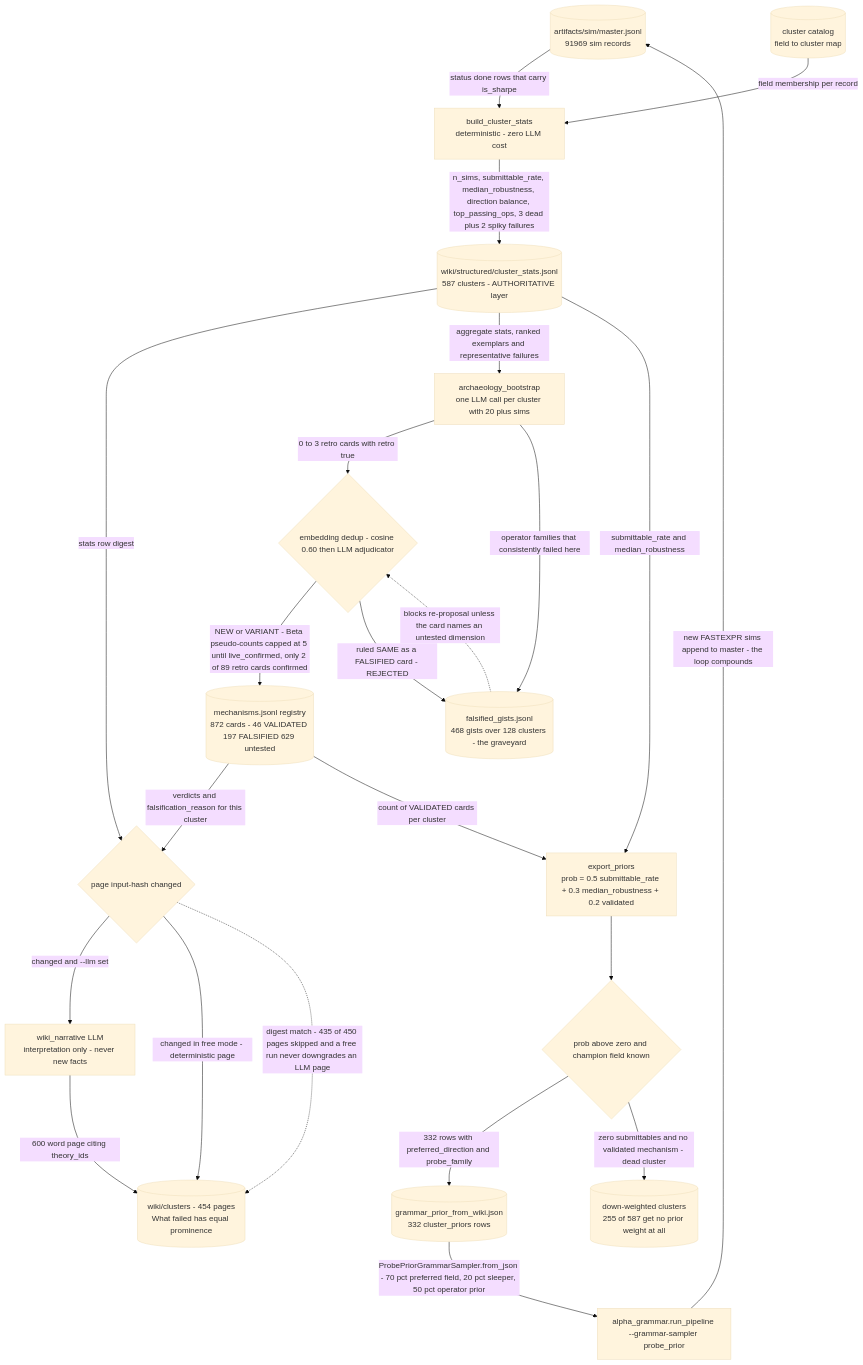
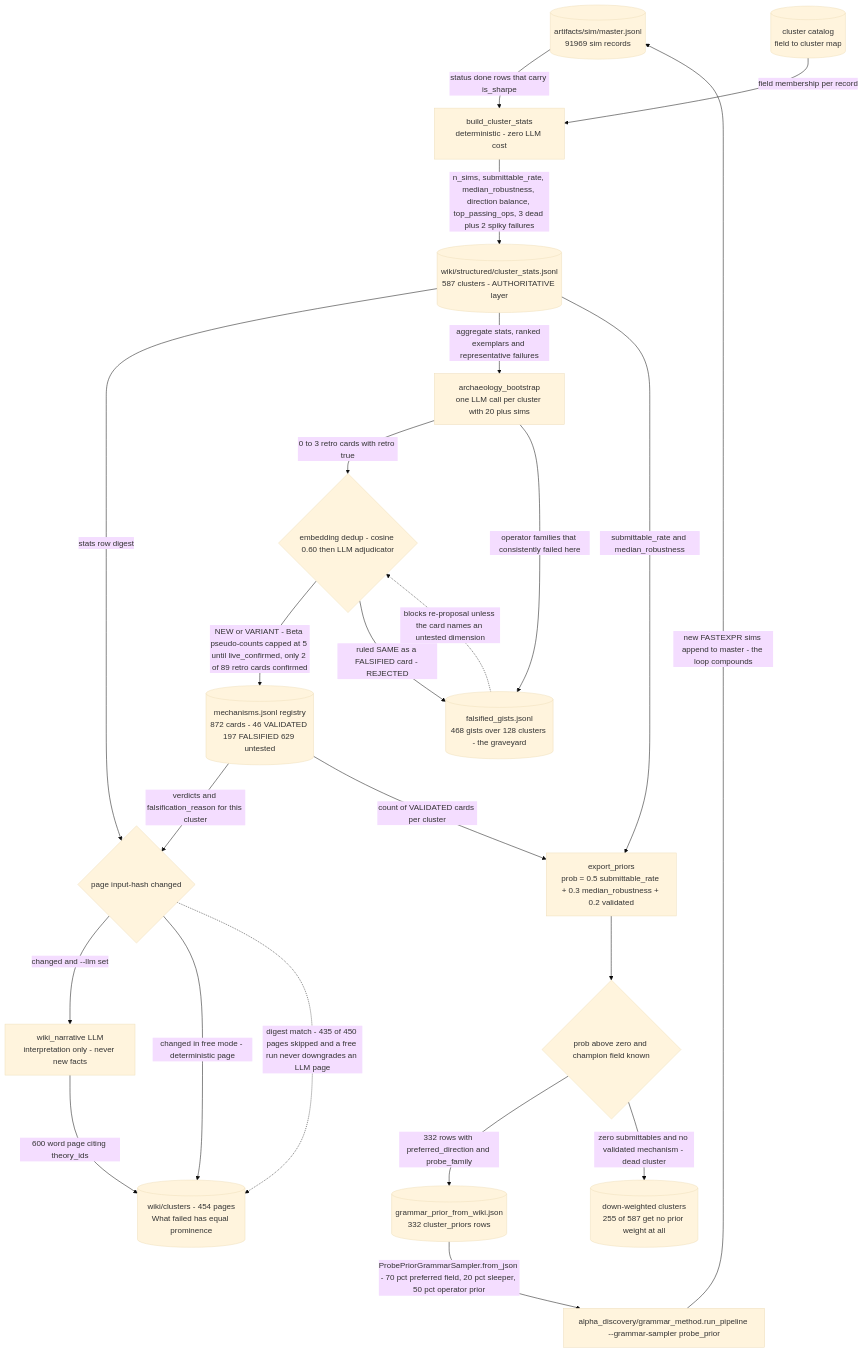
The diagram in docs/lanes/wiki-posterior-compounding-prior.md (JustinJia13/Brain-portfolio), drawn with Mermaid (base theme) before and after one commit. The commit also changed other lines of this file and 448 other files, not shown here.

First line of the commit message:
Restructure into alpha_discovery / alpha_enhancement / core

````diff
--- a/docs/lanes/wiki-posterior-compounding-prior.md
+++ b/docs/lanes/wiki-posterior-compounding-prior.md
@@ -11,42 +11,42 @@
 ```mermaid
 flowchart TD
     MASTER[("artifacts/sim/master.jsonl<br/>91969 sim records")]
     CLUS[("cluster catalog<br/>field to cluster map")]
     AGG["build_cluster_stats<br/>deterministic - zero LLM cost"]
     STATS[("wiki/structured/cluster_stats.jsonl<br/>587 clusters - AUTHORITATIVE layer")]
     REG[("mechanisms.jsonl registry<br/>872 cards - 46 VALIDATED 197 FALSIFIED 629 untested")]
     HASH{"page input-hash changed"}
     NARR["wiki_narrative LLM<br/>interpretation only - never new facts"]
     PAGES[("wiki/clusters - 454 pages<br/>What failed has equal prominence")]
     ARCH["archaeology_bootstrap<br/>one LLM call per cluster with 20 plus sims"]
     DEDUP{"embedding dedup - cosine 0.60 then LLM adjudicator"}
     GRAVE[("falsified_gists.jsonl<br/>468 gists over 128 clusters - the graveyard")]
     SCORE["export_priors<br/>prob = 0.5 submittable_rate + 0.3 median_robustness + 0.2 validated"]
     GATE{"prob above zero and champion field known"}
     PRIOR[("grammar_prior_from_wiki.json<br/>332 cluster_priors rows")]
     DROP[("down-weighted clusters<br/>255 of 587 get no prior weight at all")]
-    GRAM["alpha_grammar.run_pipeline --grammar-sampler probe_prior"]
+    GRAM["alpha_discovery/grammar_method.run_pipeline --grammar-sampler probe_prior"]
 
     MASTER -->|"status done rows that carry is_sharpe"| AGG
     CLUS -->|"field membership per record"| AGG
     AGG -->|"n_sims, submittable_rate, median_robustness, direction balance, top_passing_ops, 3 dead plus 2 spiky failures"| STATS
     STATS -->|"stats row digest"| HASH
     REG -->|"verdicts and falsification_reason for this cluster"| HASH
     HASH -->|"changed and --llm set"| NARR
     HASH -->|"changed in free mode - deterministic page"| PAGES
     HASH -.->|"digest match - 435 of 450 pages skipped and a free run never downgrades an LLM page"| PAGES
     NARR -->|"600 word page citing theory_ids"| PAGES
     STATS -->|"aggregate stats, ranked exemplars and representative failures"| ARCH
     ARCH -->|"0 to 3 retro cards with retro true"| DEDUP
     ARCH -->|"operator families that consistently failed here"| GRAVE
     DEDUP -->|"NEW or VARIANT - Beta pseudo-counts capped at 5 until live_confirmed, only 2 of 89 retro cards confirmed"| REG
     DEDUP -->|"ruled SAME as a FALSIFIED card - REJECTED"| GRAVE
     GRAVE -.->|"blocks re-proposal unless the card names an untested dimension"| DEDUP
     STATS -->|"submittable_rate and median_robustness"| SCORE
     REG -->|"count of VALIDATED cards per cluster"| SCORE
     SCORE --> GATE
     GATE -->|"332 rows with preferred_direction and probe_family"| PRIOR
     GATE -->|"zero submittables and no validated mechanism - dead cluster"| DROP
     PRIOR -->|"ProbePriorGrammarSampler.from_json - 70 pct preferred field, 20 pct sleeper, 50 pct operator prior"| GRAM
     GRAM -->|"new FASTEXPR sims append to master - the loop compounds"| MASTER
 ```
````
